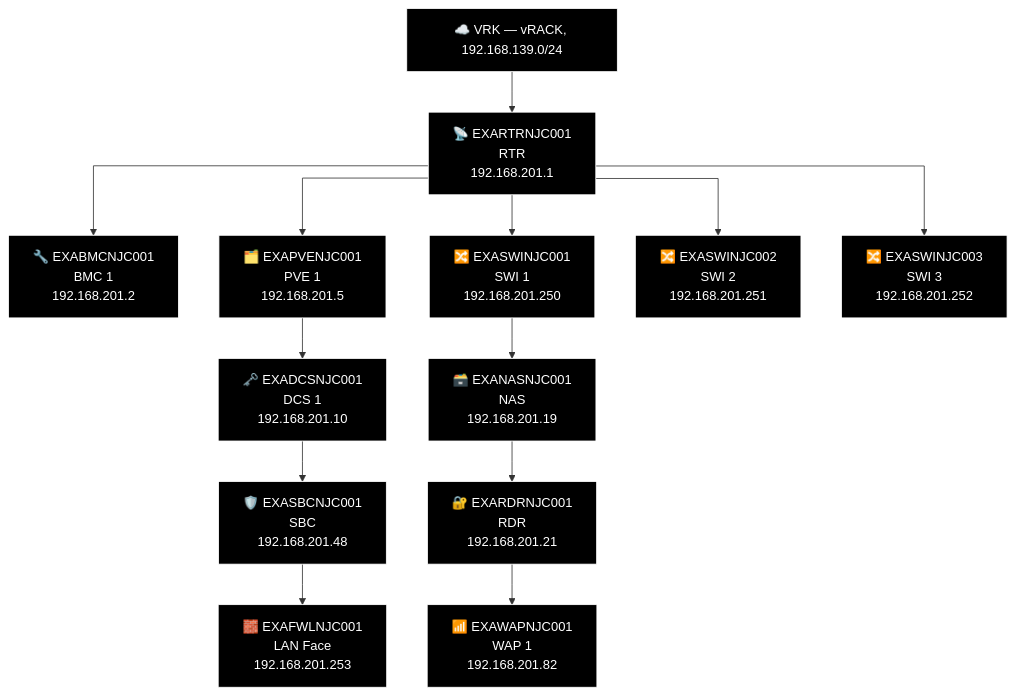
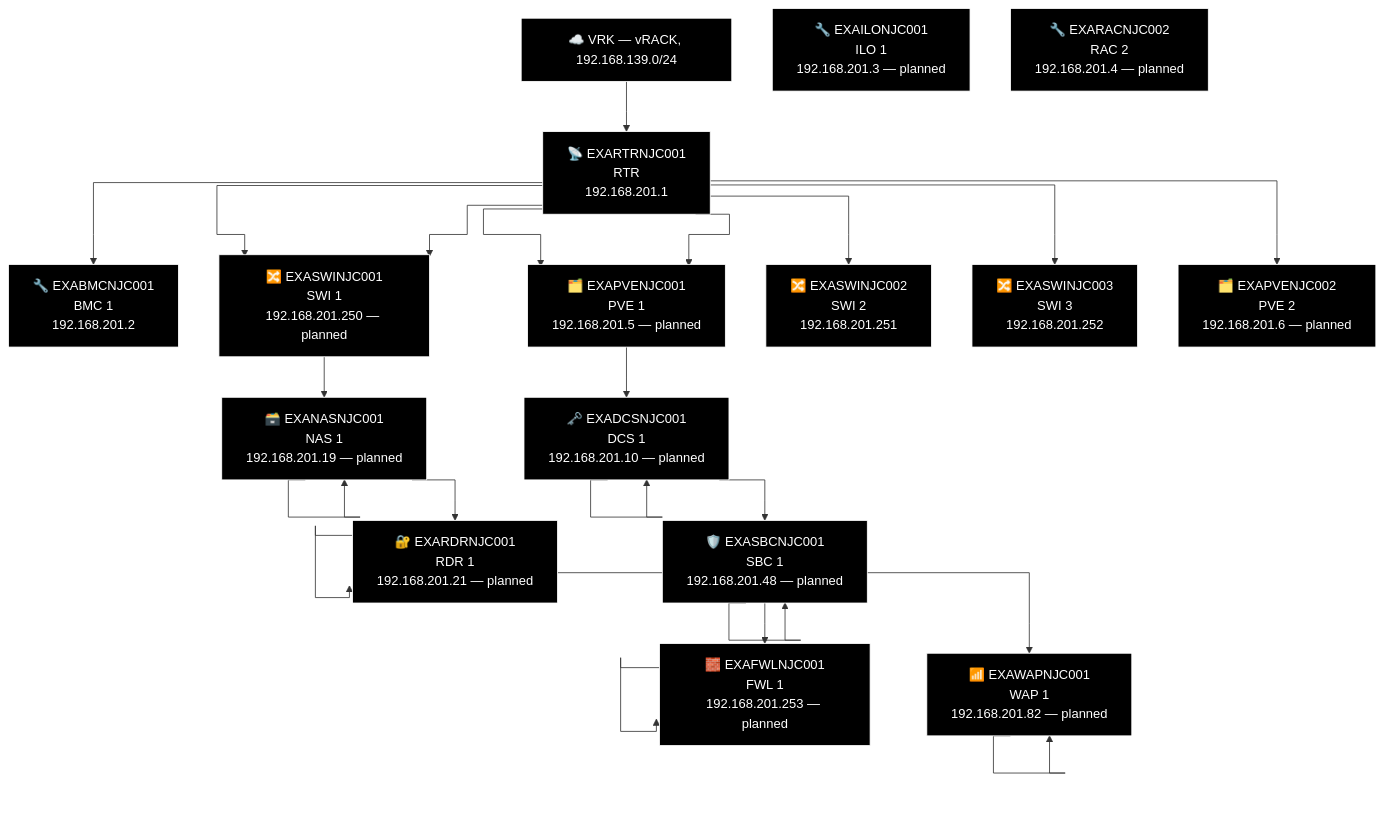
The eighth of 21 diagrams in docs/network-diagram/united-states.md (knightmare2600/example_music_infra), drawn with Mermaid before and after one commit. The commit also changed other lines of this file and 10 other files, not shown here.

````diff
--- a/docs/network-diagram/united-states.md
+++ b/docs/network-diagram/united-states.md
@@ -333,40 +333,65 @@
 ```mermaid
 %% GENERATED:TOPOLOGY:NJC:START
 %%{init: {'flowchart': {'curve': 'stepAfter'}}}%%
 graph TD
     T_VRK["☁️ VRK — vRACK, 192.168.139.0/24"]
     T_RTR["📡 EXARTRNJC001<br/>RTR<br/>192.168.201.1"]
     T_VRK --> T_RTR
     T_BMC["🔧 EXABMCNJC001<br/>BMC 1<br/>192.168.201.2"]
     T_RTR --> T_BMC
     T_PVE["🗂️ EXAPVENJC001<br/>PVE 1<br/>192.168.201.5"]
     T_RTR --> T_PVE
     T_SWI["🔀 EXASWINJC001<br/>SWI 1<br/>192.168.201.250"]
     T_RTR --> T_SWI
     T_SWI2["🔀 EXASWINJC002<br/>SWI 2<br/>192.168.201.251"]
     T_RTR --> T_SWI2
     T_SWI3["🔀 EXASWINJC003<br/>SWI 3<br/>192.168.201.252"]
     T_RTR --> T_SWI3
+    T_SWI["🔀 EXASWINJC001<br/>SWI 1<br/>192.168.201.250 — planned"]
+    T_RTR --> T_SWI
+    T_PVE["🗂️ EXAPVENJC001<br/>PVE 1<br/>192.168.201.5 — planned"]
+    T_RTR --> T_PVE
+    T_PVE2["🗂️ EXAPVENJC002<br/>PVE 2<br/>192.168.201.6 — planned"]
+    T_RTR --> T_PVE2
     T_NAS["🗃️ EXANASNJC001<br/>NAS<br/>192.168.201.19"]
+    T_NAS["🗃️ EXANASNJC001<br/>NAS 1<br/>192.168.201.19 — planned"]
     T_RDR["🔐 EXARDRNJC001<br/>RDR<br/>192.168.201.21"]
+    T_RDR["🔐 EXARDRNJC001<br/>RDR 1<br/>192.168.201.21 — planned"]
     T_WAP["📶 EXAWAPNJC001<br/>WAP 1<br/>192.168.201.82"]
-    T_SWI --> T_NAS --> T_RDR --> T_WAP
+    T_WAP["📶 EXAWAPNJC001<br/>WAP 1<br/>192.168.201.82 — planned"]
+    T_SWI --> T_NAS --> T_NAS --> T_RDR --> T_RDR --> T_WAP --> T_WAP
     T_DCS["🗝️ EXADCSNJC001<br/>DCS 1<br/>192.168.201.10"]
+    T_DCS["🗝️ EXADCSNJC001<br/>DCS 1<br/>192.168.201.10 — planned"]
     T_SBC["🛡️ EXASBCNJC001<br/>SBC<br/>192.168.201.48"]
+    T_SBC["🛡️ EXASBCNJC001<br/>SBC 1<br/>192.168.201.48 — planned"]
     T_FWL["🧱 EXAFWLNJC001<br/>LAN Face<br/>192.168.201.253"]
-    T_PVE --> T_DCS --> T_SBC --> T_FWL
+    T_FWL["🧱 EXAFWLNJC001<br/>FWL 1<br/>192.168.201.253 — planned"]
+    T_PVE --> T_DCS --> T_DCS --> T_SBC --> T_SBC --> T_FWL --> T_FWL
+    T_ILO["🔧 EXAILONJC001<br/>ILO 1<br/>192.168.201.3 — planned"]
+    T_RAC["🔧 EXARACNJC002<br/>RAC 2<br/>192.168.201.4 — planned"]
     style T_VRK fill:#000000,stroke:#FFFFFF,color:#FFFFFF
     style T_RTR fill:#000000,stroke:#FFFFFF,color:#FFFFFF
     style T_BMC fill:#000000,stroke:#FFFFFF,color:#FFFFFF
     style T_PVE fill:#000000,stroke:#FFFFFF,color:#FFFFFF
     style T_SWI fill:#000000,stroke:#FFFFFF,color:#FFFFFF
     style T_SWI2 fill:#000000,stroke:#FFFFFF,color:#FFFFFF
     style T_SWI3 fill:#000000,stroke:#FFFFFF,color:#FFFFFF
+    style T_SWI fill:#000000,stroke:#FFFFFF,color:#FFFFFF
+    style T_PVE fill:#000000,stroke:#FFFFFF,color:#FFFFFF
+    style T_PVE2 fill:#000000,stroke:#FFFFFF,color:#FFFFFF
+    style T_NAS fill:#000000,stroke:#FFFFFF,color:#FFFFFF
     style T_NAS fill:#000000,stroke:#FFFFFF,color:#FFFFFF
     style T_RDR fill:#000000,stroke:#FFFFFF,color:#FFFFFF
+    style T_RDR fill:#000000,stroke:#FFFFFF,color:#FFFFFF
+    style T_WAP fill:#000000,stroke:#FFFFFF,color:#FFFFFF
     style T_WAP fill:#000000,stroke:#FFFFFF,color:#FFFFFF
     style T_DCS fill:#000000,stroke:#FFFFFF,color:#FFFFFF
+    style T_DCS fill:#000000,stroke:#FFFFFF,color:#FFFFFF
+    style T_SBC fill:#000000,stroke:#FFFFFF,color:#FFFFFF
     style T_SBC fill:#000000,stroke:#FFFFFF,color:#FFFFFF
     style T_FWL fill:#000000,stroke:#FFFFFF,color:#FFFFFF
+    style T_FWL fill:#000000,stroke:#FFFFFF,color:#FFFFFF
+    style T_ILO fill:#000000,stroke:#FFFFFF,color:#FFFFFF
+    style T_RAC fill:#000000,stroke:#FFFFFF,color:#FFFFFF
 %% GENERATED:TOPOLOGY:NJC:END
 ```
````
